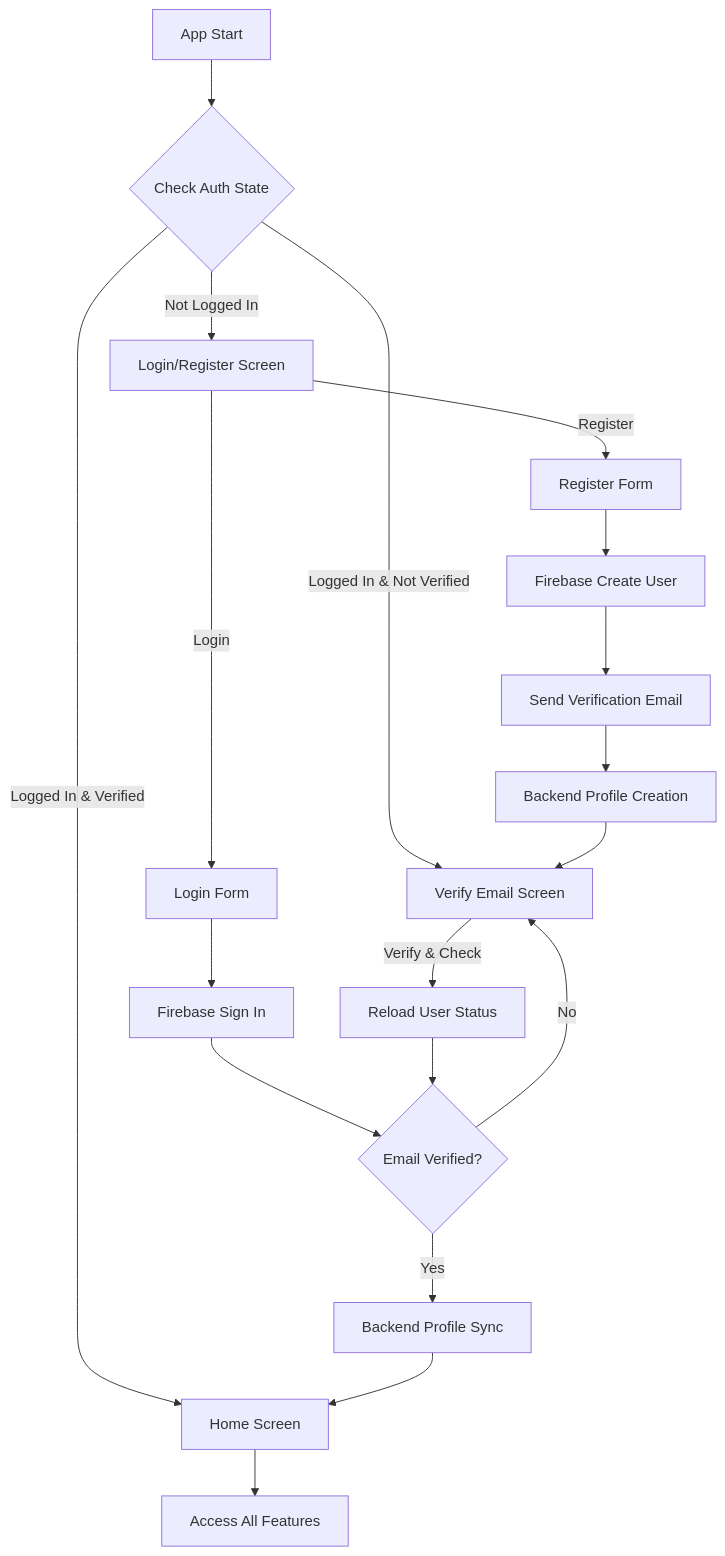
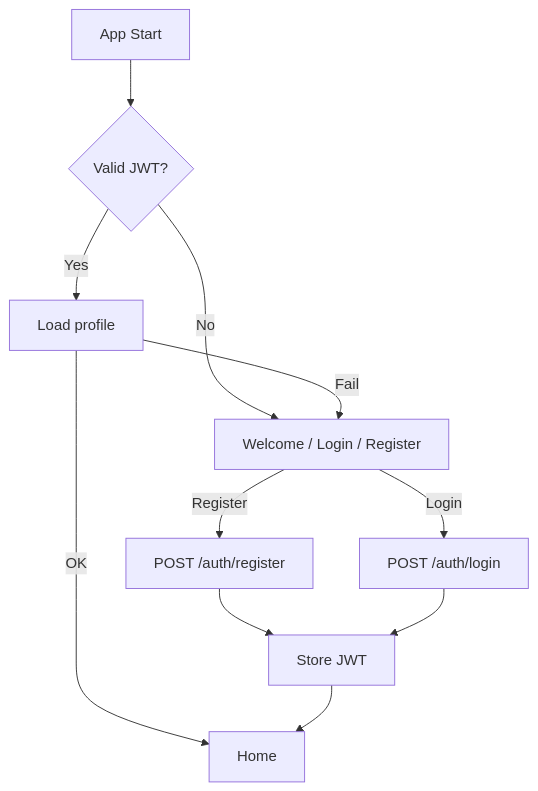
The diagram in client/MODULE1_DOCUMENTATION.md (CodingRanjith/Smart-Jothidam-Frontend), drawn with Mermaid before and after one commit. The commit also changed other lines of this file and 29 other files, not shown here.

````diff
--- a/client/MODULE1_DOCUMENTATION.md
+++ b/client/MODULE1_DOCUMENTATION.md
@@ -171,25 +83,13 @@
 ```mermaid
 graph TD
-    A[App Start] --> B{Check Auth State}
-    B -->|Not Logged In| C[Login/Register Screen]
-    B -->|Logged In & Verified| D[Home Screen]
-    B -->|Logged In & Not Verified| E[Verify Email Screen]
-    
-    C -->|Register| F[Register Form]
-    F --> G[Firebase Create User]
-    G --> H[Send Verification Email]
-    H --> I[Backend Profile Creation]
-    I --> E
-    
-    C -->|Login| J[Login Form]
-    J --> K[Firebase Sign In]
-    K --> L{Email Verified?}
-    L -->|Yes| M[Backend Profile Sync]
-    L -->|No| E
-    M --> D
-    
-    E -->|Verify & Check| N[Reload User Status]
-    N --> L
-    
-    D --> O[Access All Features]
+    A[App Start] --> B{Valid JWT?}
+    B -->|No| C[Welcome / Login / Register]
+    B -->|Yes| D[Load profile]
+    D -->|OK| E[Home]
+    D -->|Fail| C
+    C -->|Register| F[POST /auth/register]
+    C -->|Login| G[POST /auth/login]
+    F --> H[Store JWT]
+    G --> H
+    H --> E
 ```
````
